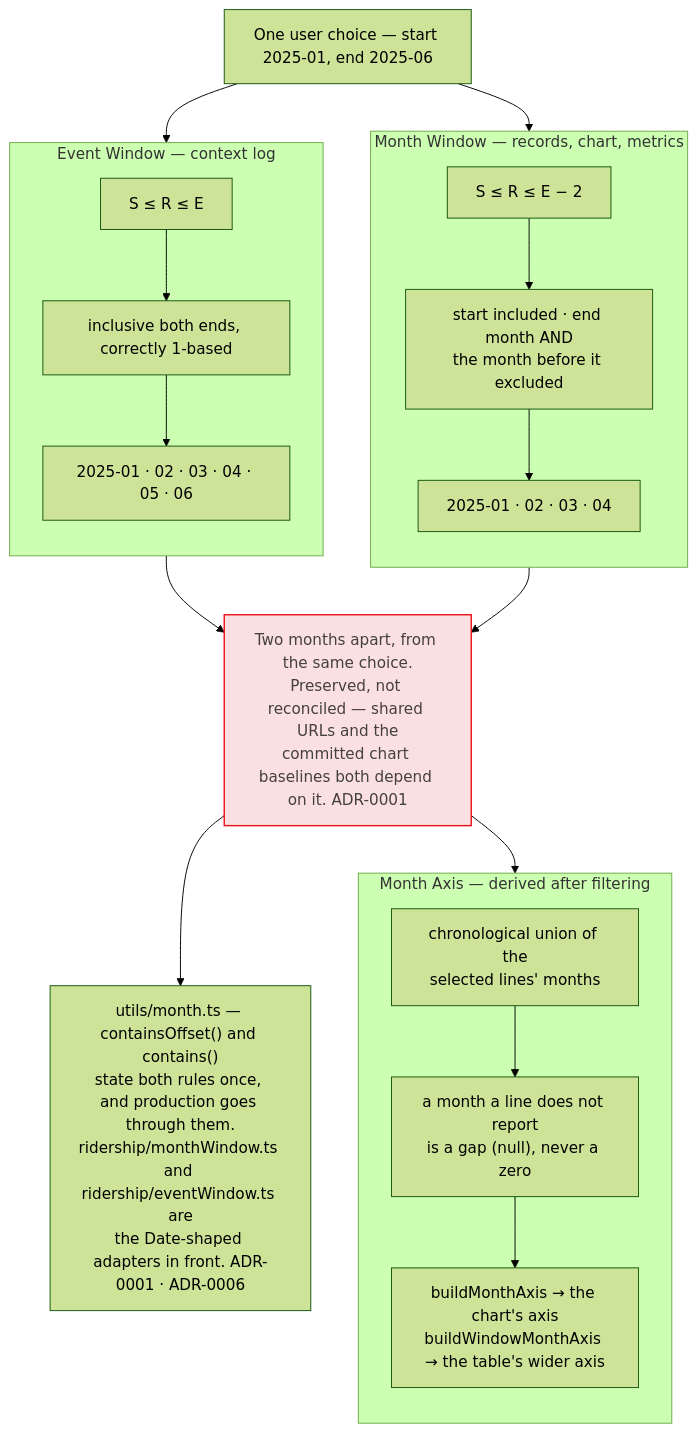
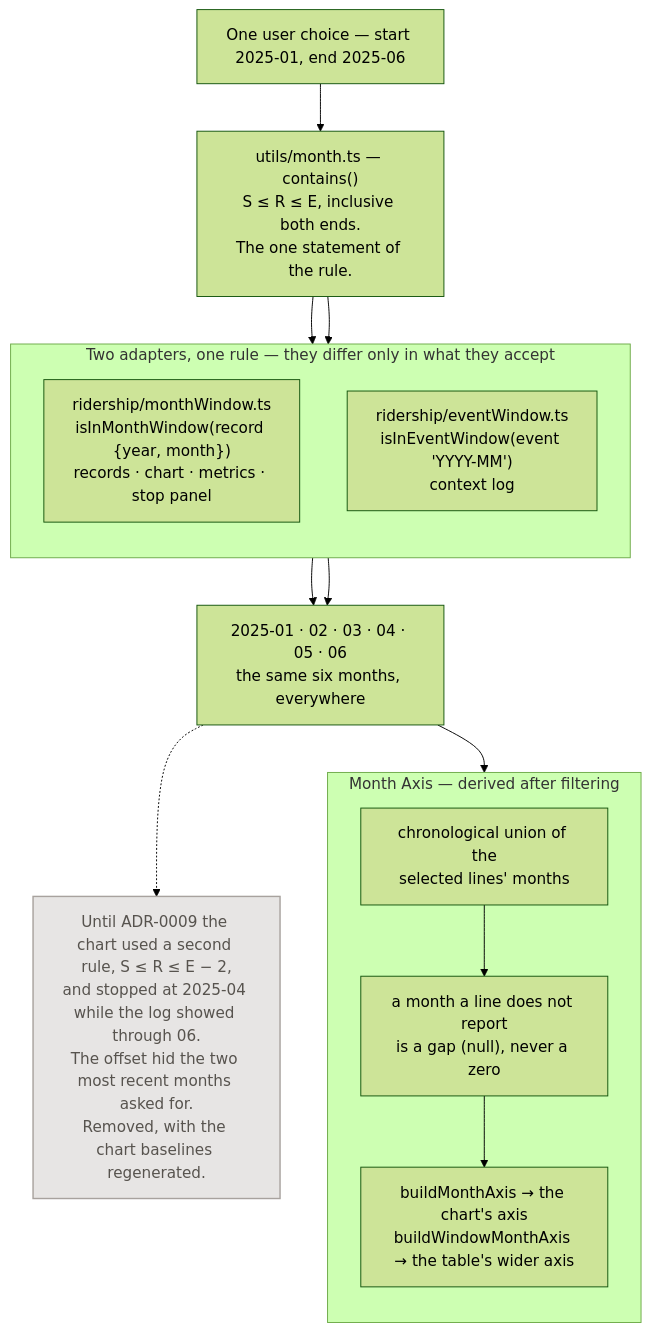
The diagram in docs/architecture/mermaid/13-month-windows.mmd (streetsforall/metro_ridership_app), drawn with Mermaid (forest theme) before and after one commit. The commit also changed 54 other files, not shown here.

```diff
--- a/docs/architecture/mermaid/13-month-windows.mmd
+++ b/docs/architecture/mermaid/13-month-windows.mmd
@@ -1,40 +1,33 @@
 flowchart TB
   choice["One user choice — start 2025-01, end 2025-06"]
 
-  subgraph monthWindow["Month Window — records, chart, metrics"]
+  onePlace["utils/month.ts — contains()<br/>S ≤ R ≤ E, inclusive both ends.<br/>The one statement of the rule."]
+
+  subgraph adapters["Two adapters, one rule — they differ only in what they accept"]
     direction TB
-    mwRule["S ≤ R ≤ E − 2"]
-    mwMeaning["start included · end month AND<br/>the month before it excluded"]
-    mwMonths["2025-01 · 02 · 03 · 04"]
-    mwRule --> mwMeaning --> mwMonths
+    mw["ridership/monthWindow.ts<br/>isInMonthWindow(record {year, month})<br/>records · chart · metrics · stop panel"]
+    ew["ridership/eventWindow.ts<br/>isInEventWindow(event 'YYYY-MM')<br/>context log"]
   end
 
-  subgraph eventWindow["Event Window — context log"]
-    direction TB
-    ewRule["S ≤ R ≤ E"]
-    ewMeaning["inclusive both ends, correctly 1-based"]
-    ewMonths["2025-01 · 02 · 03 · 04 · 05 · 06"]
-    ewRule --> ewMeaning --> ewMonths
-  end
+  months["2025-01 · 02 · 03 · 04 · 05 · 06<br/>the same six months, everywhere"]
 
-  keep["Two months apart, from the same choice.<br/>Preserved, not reconciled — shared URLs and the<br/>committed chart baselines both depend on it. ADR-0001"]
+  was["Until ADR-0009 the chart used a second rule, S ≤ R ≤ E − 2,<br/>and stopped at 2025-04 while the log showed through 06.<br/>The offset hid the two most recent months asked for.<br/>Removed, with the chart baselines regenerated."]
 
   subgraph axis["Month Axis — derived after filtering"]
     direction TB
     axisDef["chronological union of the<br/>selected lines' months"]
     axisGap["a month a line does not report<br/>is a gap (null), never a zero"]
     axisTwo["buildMonthAxis → the chart's axis<br/>buildWindowMonthAxis → the table's wider axis"]
     axisDef --> axisGap --> axisTwo
   end
 
-  onePlace["utils/month.ts — containsOffset() and contains()<br/>state both rules once, and production goes through them.<br/>ridership/monthWindow.ts and ridership/eventWindow.ts are<br/>the Date-shaped adapters in front. ADR-0001 · ADR-0006"]
+  choice --> onePlace
+  onePlace --> mw
+  onePlace --> ew
+  mw --> months
+  ew --> months
+  months --> axis
+  months -.-> was
 
-  choice --> monthWindow
-  choice --> eventWindow
-  mwMonths --> keep
-  ewMonths --> keep
-  keep --> axis
-  keep --> onePlace
-
-  classDef cycle fill:#fbe0e1,stroke:#eb131b,stroke-width:1.5px,color:#44403c
-  class keep cycle
+  classDef gone fill:#e7e5e4,stroke:#a8a29e,stroke-width:1.5px,color:#57534e
+  class was gone
```
